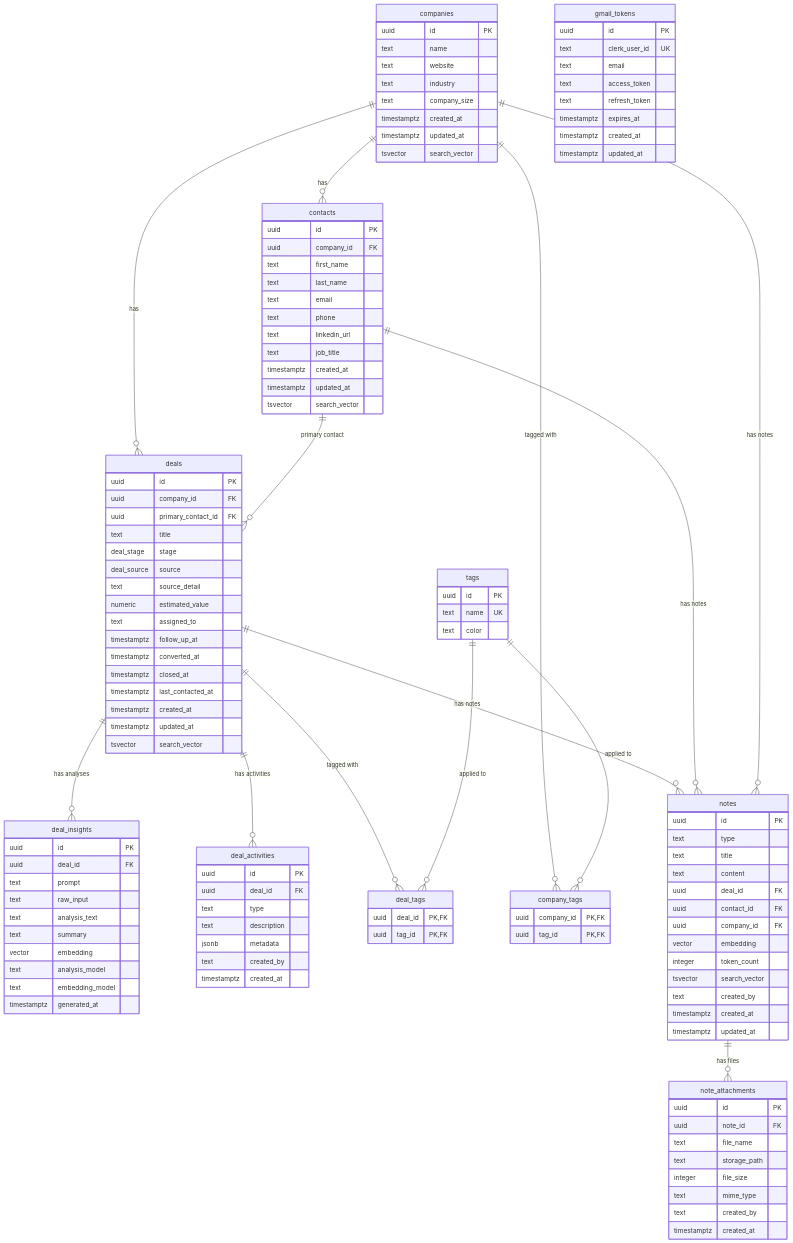
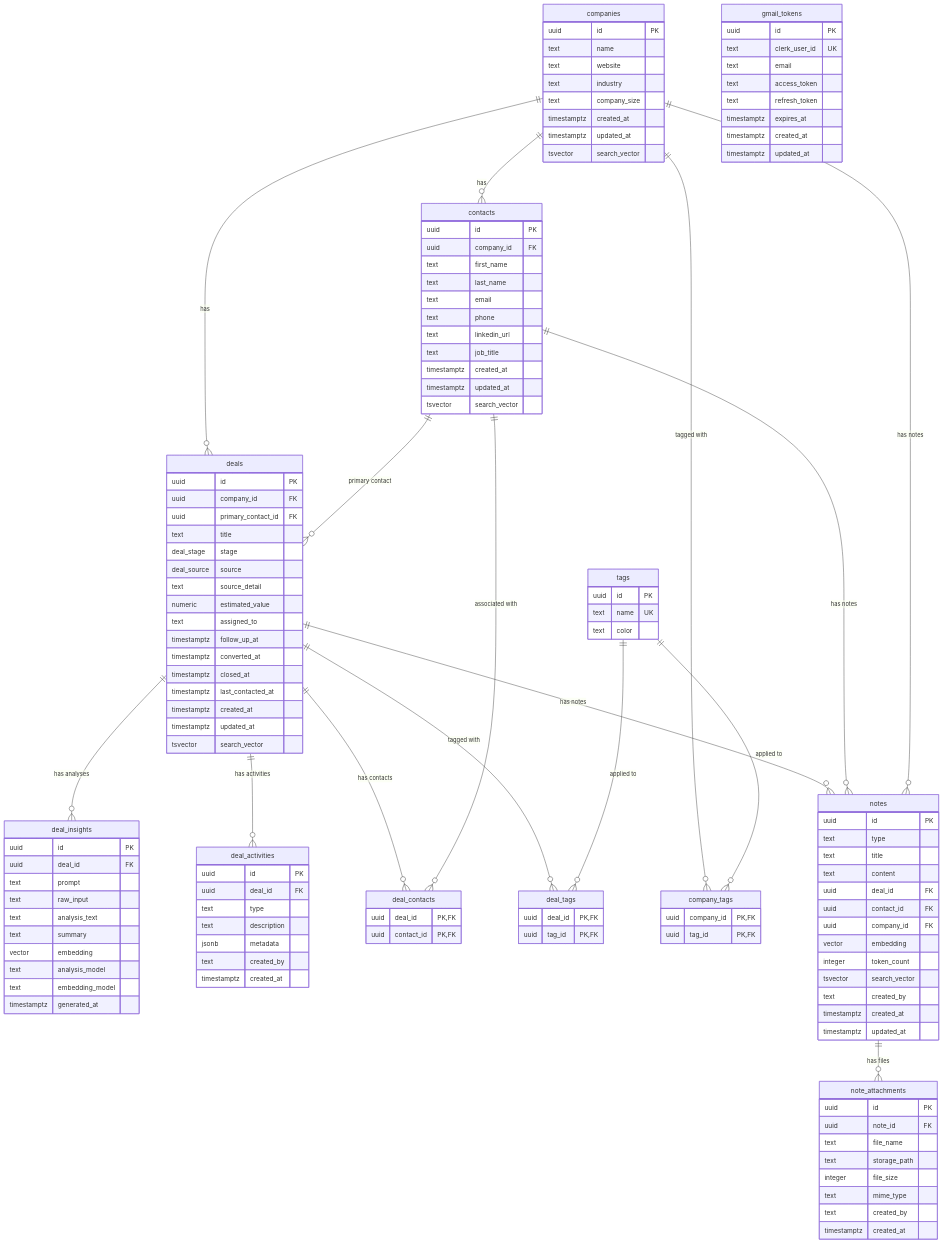
One commit to wenindoubt/admin.wenindoubt.com changed the diagram in docs/data-model.md. Above: the diagram before and after it, drawn with Mermaid. The commit also changed other lines of this file and 34 other files, not shown here.

First line of the commit message:
feat: multi-contact deals, rich text editor, phone formatting

```diff
--- a/docs/data-model.md
+++ b/docs/data-model.md
@@ -71,6 +71,10 @@
         text name UK
         text color
     }
+    deal_contacts {
+        uuid deal_id PK,FK
+        uuid contact_id PK,FK
+    }
     deal_tags {
         uuid deal_id PK,FK
         uuid tag_id PK,FK
@@ -118,6 +122,8 @@
     companies ||--o{ contacts : "has"
     companies ||--o{ deals : "has"
     contacts ||--o{ deals : "primary contact"
+    deals ||--o{ deal_contacts : "has contacts"
+    contacts ||--o{ deal_contacts : "associated with"
     deals ||--o{ deal_insights : "has analyses"
     deals ||--o{ deal_activities : "has activities"
     deals ||--o{ deal_tags : "tagged with"
```
